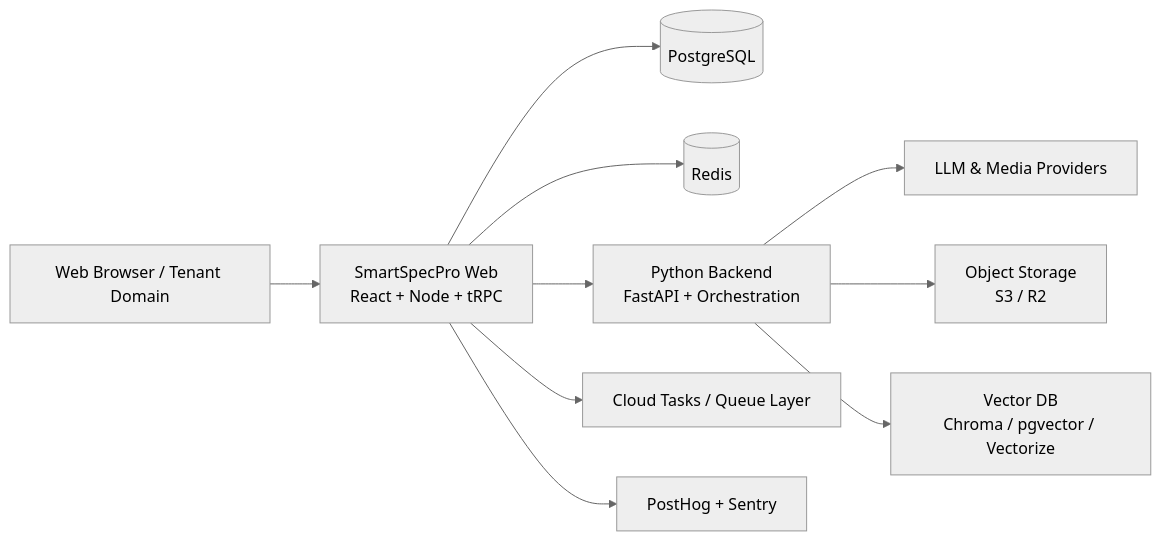
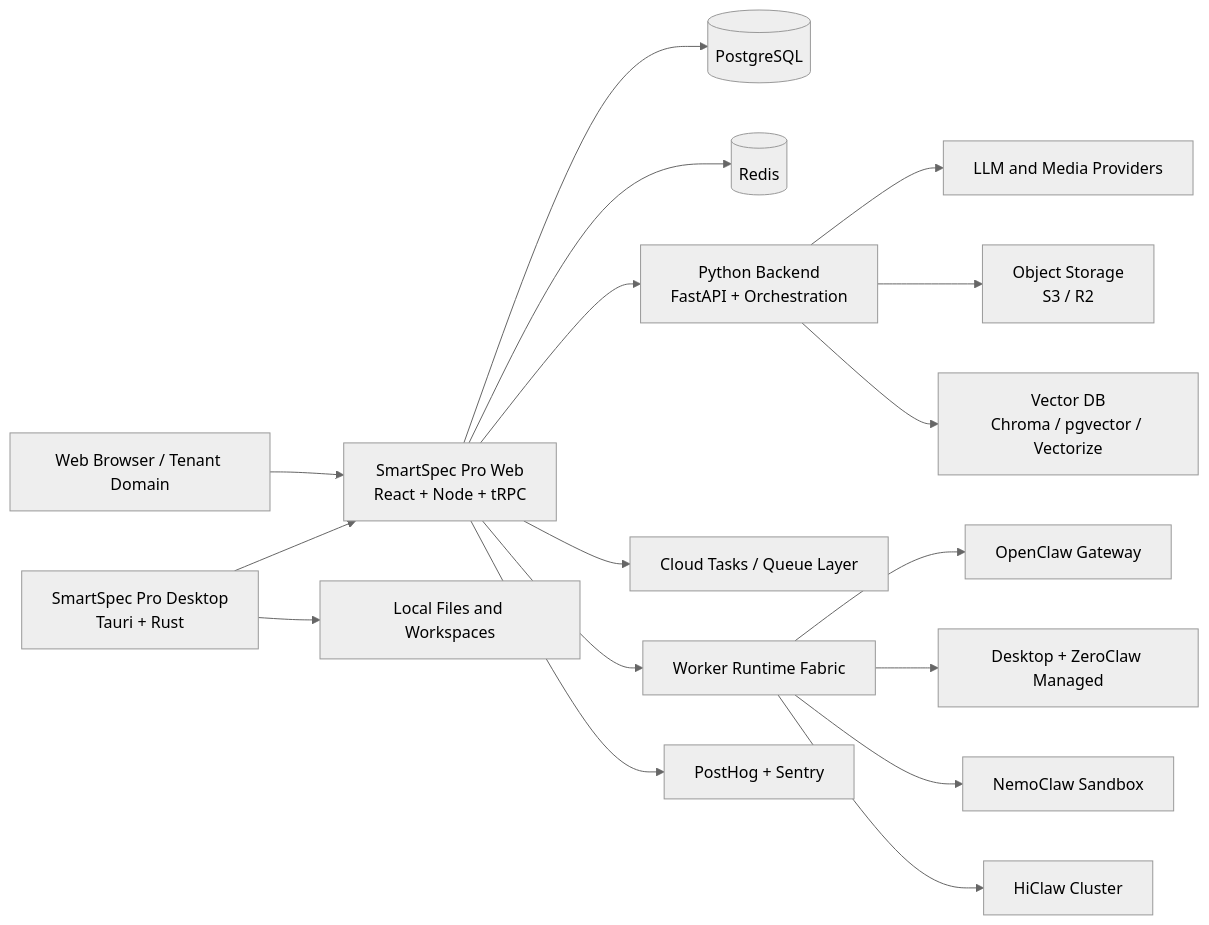
One commit to naibarn/SmartSpecPro changed the diagram in README.md. Above: the diagram before and after it, drawn with Mermaid (neutral theme). The commit also changed other lines of this file and 1 other file, not shown here.

````diff
--- a/README.md
+++ b/README.md
@@ -180,12 +244,19 @@
 ```mermaid
 flowchart LR
-    U[Web Browser / Tenant Domain] --> W[SmartSpecPro Web\nReact + Node + tRPC]
+    U[Web Browser / Tenant Domain] --> W[SmartSpec Pro Web\nReact + Node + tRPC]
+    D[SmartSpec Pro Desktop\nTauri + Rust] --> W
+    D --> LX[Local Files and Workspaces]
     W --> PG[(PostgreSQL)]
     W --> RD[(Redis)]
     W --> PY[Python Backend\nFastAPI + Orchestration]
     W --> CT[Cloud Tasks / Queue Layer]
-    PY --> VP[LLM & Media Providers]
+    W --> WF[Worker Runtime Fabric]
+    WF --> OC[OpenClaw Gateway]
+    WF --> DZ[Desktop + ZeroClaw Managed]
+    WF --> NM[NemoClaw Sandbox]
+    WF --> HC[HiClaw Cluster]
+    PY --> VP[LLM and Media Providers]
     PY --> OBJ[Object Storage\nS3 / R2]
     PY --> VDB[Vector DB\nChroma / pgvector / Vectorize]
     W --> OBS[PostHog + Sentry]
 ```
````
